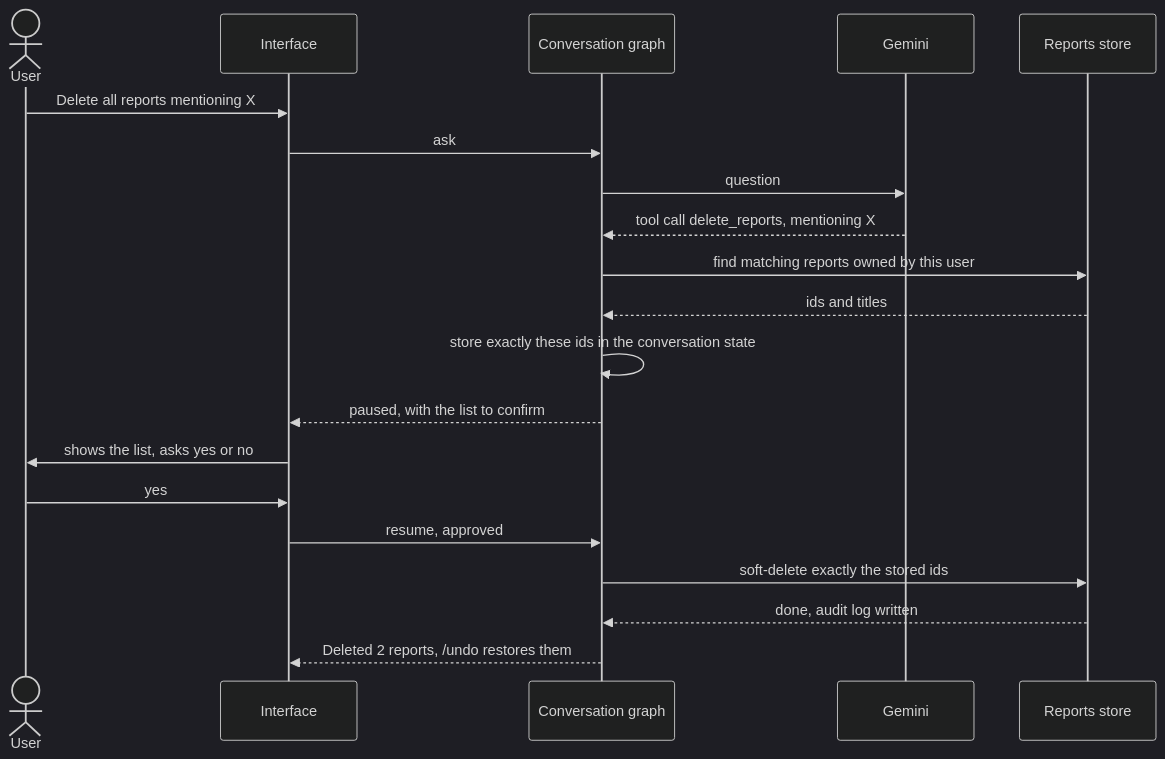
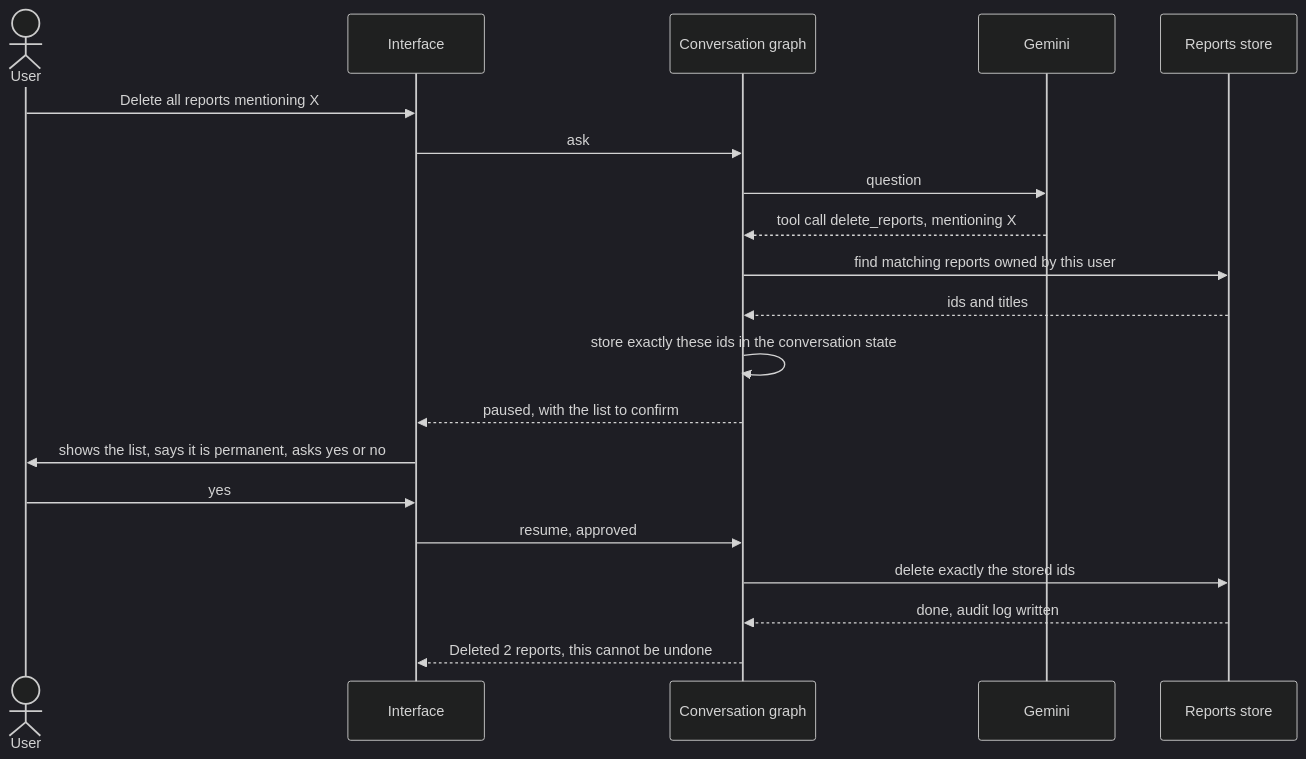
One commit to rupszi/tech-demo-retail-05 changed the fifth of 6 diagrams in docs/DESIGN.md. Above: the diagram before and after it, drawn with Mermaid (dark theme). The commit also changed other lines of this file and 8 other files, not shown here.

````diff
--- a/docs/DESIGN.md
+++ b/docs/DESIGN.md
@@ -305,23 +350,23 @@
 ```mermaid
 sequenceDiagram
     actor U as User
     participant UI as Interface
     participant A as Conversation graph
     participant M as Gemini
     participant R as Reports store
 
     U->>UI: Delete all reports mentioning X
     UI->>A: ask
     A->>M: question
     M-->>A: tool call delete_reports, mentioning X
     A->>R: find matching reports owned by this user
     R-->>A: ids and titles
     A->>A: store exactly these ids in the conversation state
     A-->>UI: paused, with the list to confirm
-    UI->>U: shows the list, asks yes or no
+    UI->>U: shows the list, says it is permanent, asks yes or no
     U->>UI: yes
     UI->>A: resume, approved
-    A->>R: soft-delete exactly the stored ids
+    A->>R: delete exactly the stored ids
     R-->>A: done, audit log written
-    A-->>UI: Deleted 2 reports, /undo restores them
+    A-->>UI: Deleted 2 reports, this cannot be undone
 ```
````
